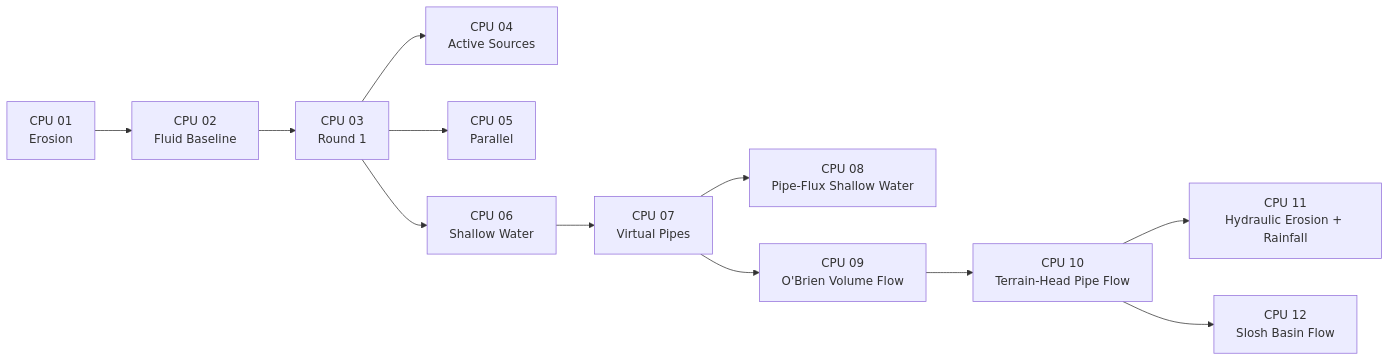
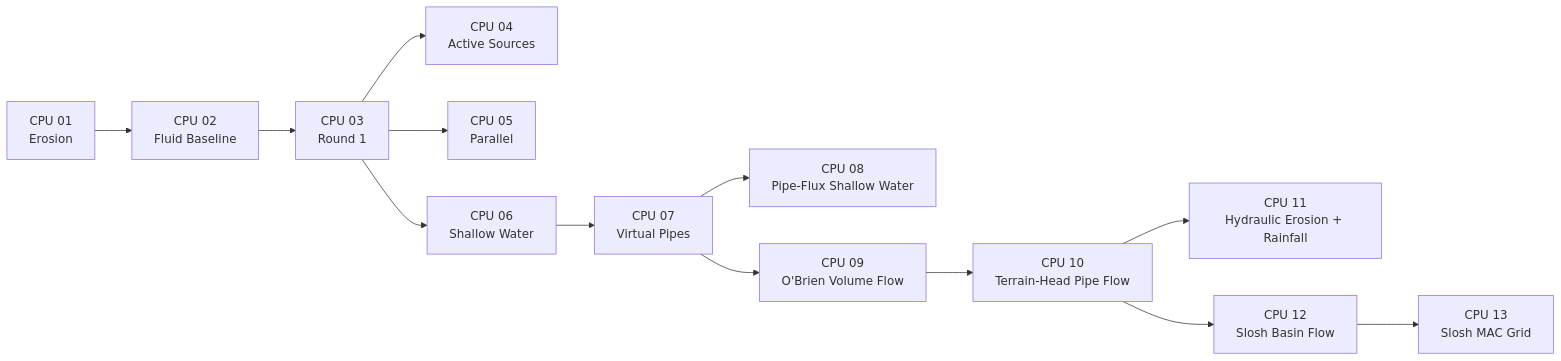
The second of 3 diagrams in projects/grannys-house-trials/subprojects/grass-field-003/LESSON_CATALOG.md (Dorian-Klingenberg/watershed), drawn with Mermaid before and after one commit. The commit also changed other lines of this file and 12 other files, not shown here.

First line of the commit message:
Add CPU 13 MAC grid slosh solver; rebuild CPU 12 basin terrain; port 004 camera to 003

````diff
--- a/projects/grannys-house-trials/subprojects/grass-field-003/LESSON_CATALOG.md
+++ b/projects/grannys-house-trials/subprojects/grass-field-003/LESSON_CATALOG.md
@@ -153,14 +166,15 @@
 ```mermaid
 flowchart LR
     C1["CPU 01<br/>Erosion"] --> C2["CPU 02<br/>Fluid Baseline"]
     C2 --> C3["CPU 03<br/>Round 1"]
     C3 --> C4["CPU 04<br/>Active Sources"]
     C3 --> C5["CPU 05<br/>Parallel"]
     C3 --> C6["CPU 06<br/>Shallow Water"]
     C6 --> C7["CPU 07<br/>Virtual Pipes"]
     C7 --> C8["CPU 08<br/>Pipe-Flux Shallow Water"]
     C7 --> C9["CPU 09<br/>O'Brien Volume Flow"]
     C9 --> C10["CPU 10<br/>Terrain-Head Pipe Flow"]
     C10 --> C11["CPU 11<br/>Hydraulic Erosion + Rainfall"]
     C10 --> C12["CPU 12<br/>Slosh Basin Flow"]
+    C12 --> C13["CPU 13<br/>Slosh MAC Grid"]
 ```
````
